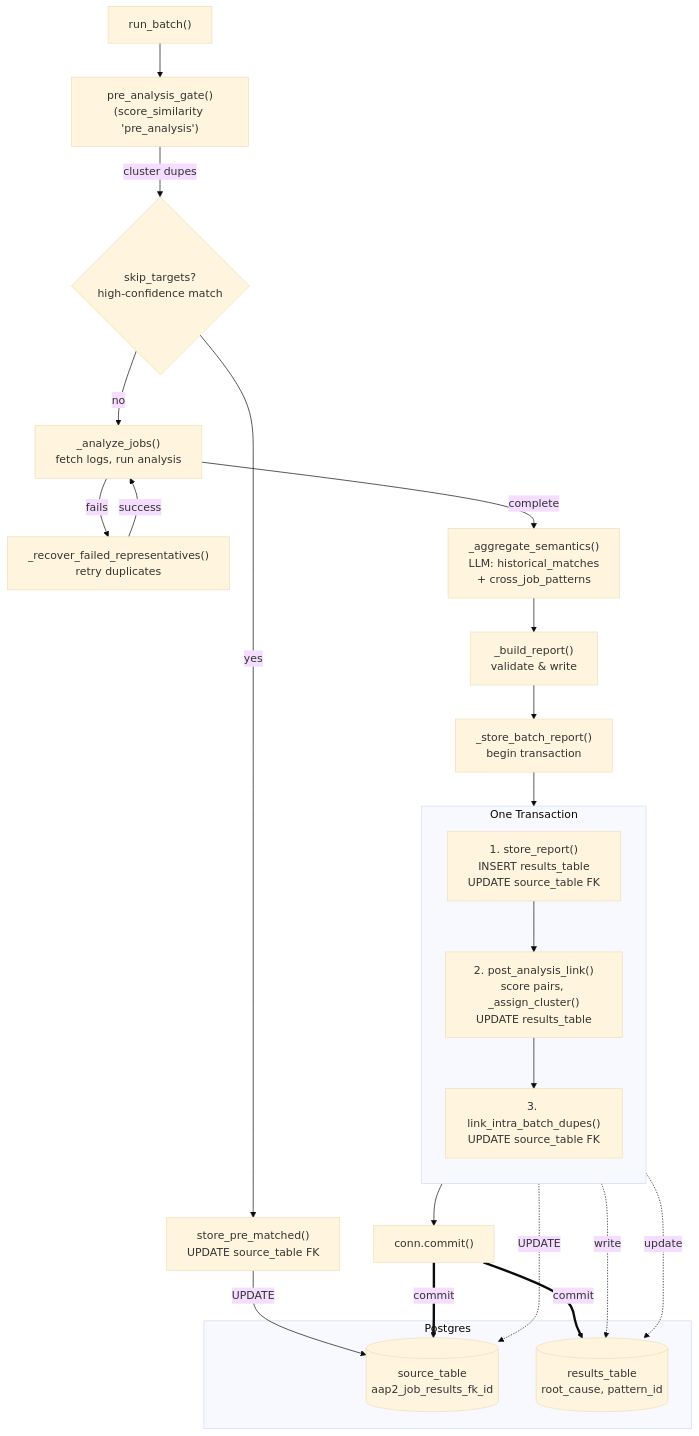
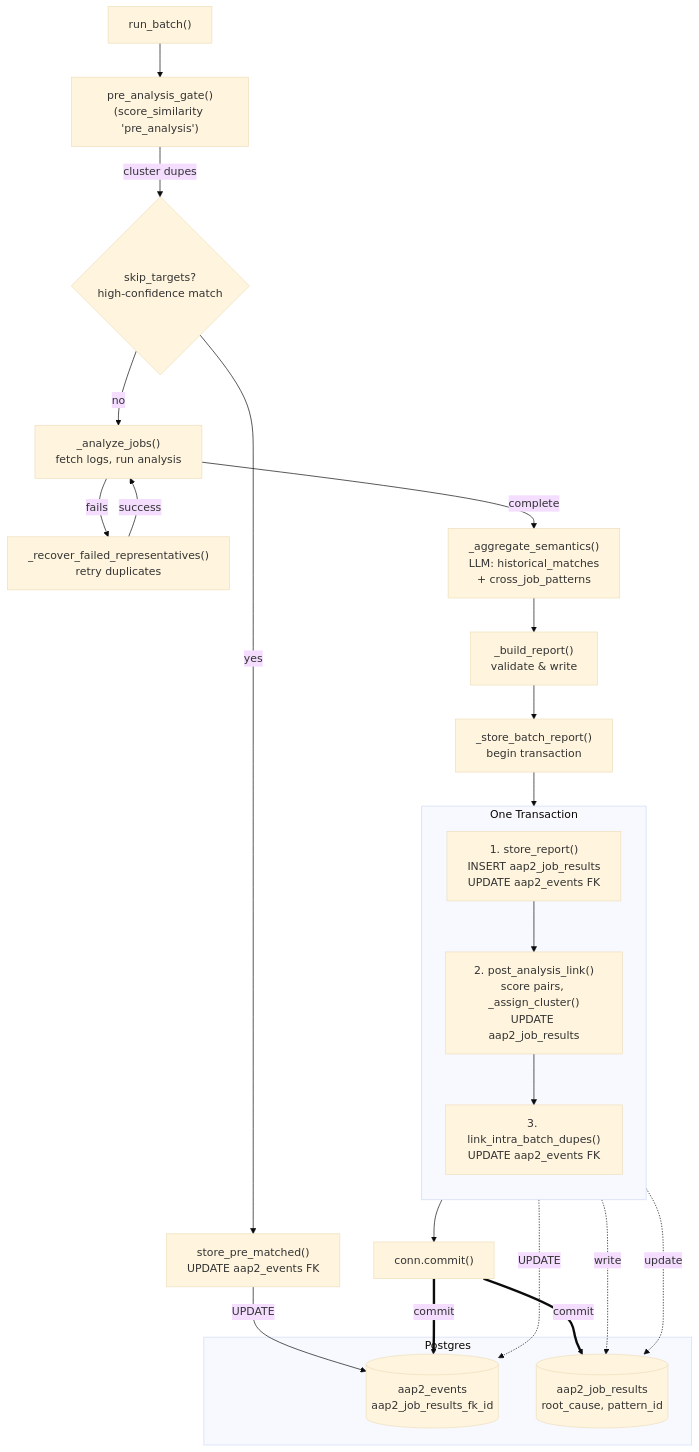
Before and after one commit to Shreyanand/aap2-rca-agent: the diagram in docs/design/batch-pipeline-flow.mmd, drawn with Mermaid (base theme).

Commit message:
Update diagram with actual table names
Use aap2_events and aap2_job_results instead of generic source_table/results_table
labels for clarity.

```diff
--- a/docs/design/batch-pipeline-flow.mmd
+++ b/docs/design/batch-pipeline-flow.mmd
@@ -1,53 +1,53 @@
 flowchart TD
     A["run_batch()"] --> B["pre_analysis_gate()
 (score_similarity 'pre_analysis')"]
 
     B -->|cluster dupes| C{"skip_targets?
 high-confidence match"}
     C -->|yes| D["store_pre_matched()
-UPDATE source_table FK"]
+UPDATE aap2_events FK"]
     C -->|no| E["_analyze_jobs()
 fetch logs, run analysis"]
 
     E -->|fails| F["_recover_failed_representatives()
 retry duplicates"]
     F -->|success| E
     E -->|complete| G["_aggregate_semantics()
 LLM: historical_matches
 + cross_job_patterns"]
 
     G --> H["_build_report()
 validate & write"]
 
     H --> I["_store_batch_report()
 begin transaction"]
 
     subgraph TXN["One Transaction"]
         direction TB
         J["1. store_report()
-INSERT results_table
-UPDATE source_table FK"]
+INSERT aap2_job_results
+UPDATE aap2_events FK"]
         K["2. post_analysis_link()
 score pairs, _assign_cluster()
-UPDATE results_table"]
+UPDATE aap2_job_results"]
         M["3. link_intra_batch_dupes()
-UPDATE source_table FK"]
+UPDATE aap2_events FK"]
         J --> K --> M
     end
 
     I --> J
     M --> Z["conn.commit()"]
 
     subgraph DB["Postgres"]
-        S[("source_table
+        S[("aap2_events
 aap2_job_results_fk_id")]
-        R[("results_table
+        R[("aap2_job_results
 root_cause, pattern_id")]
     end
 
     D -->|"UPDATE"| S
     J -.->|"write"| R
     K -.->|"update"| R
     M -.->|"UPDATE"| S
     Z ==>|"commit"| S
     Z ==>|"commit"| R
```
